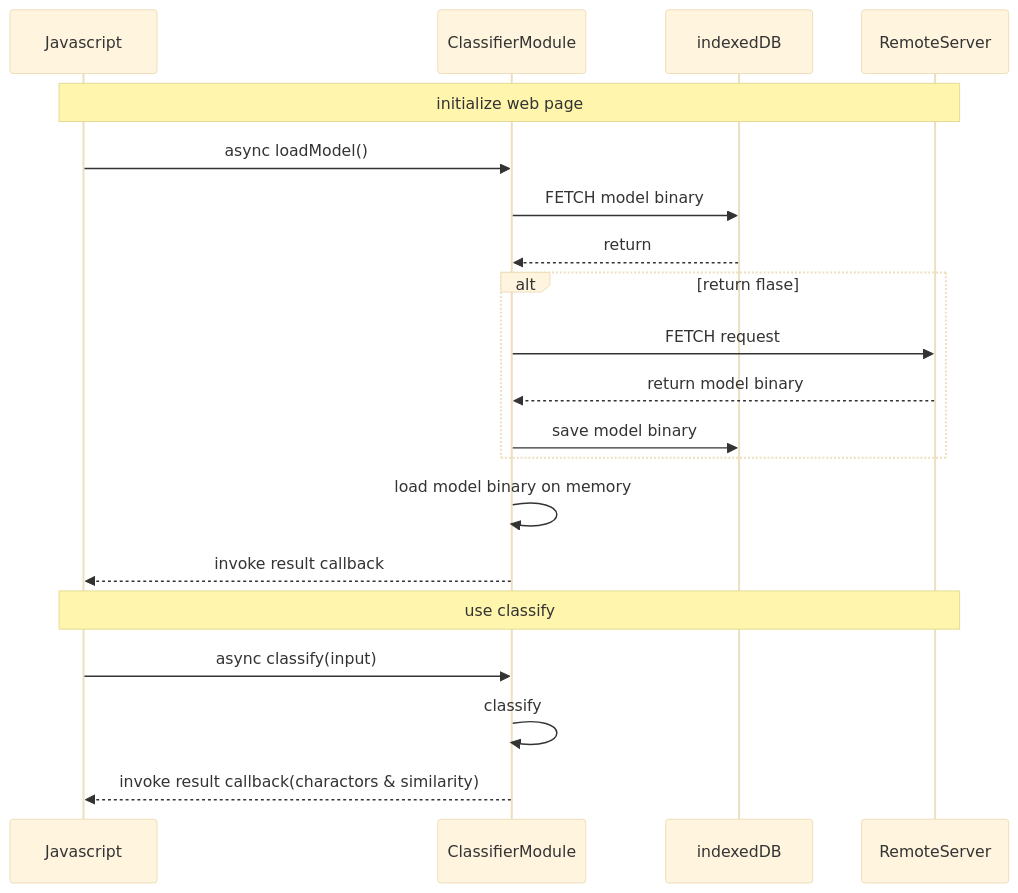
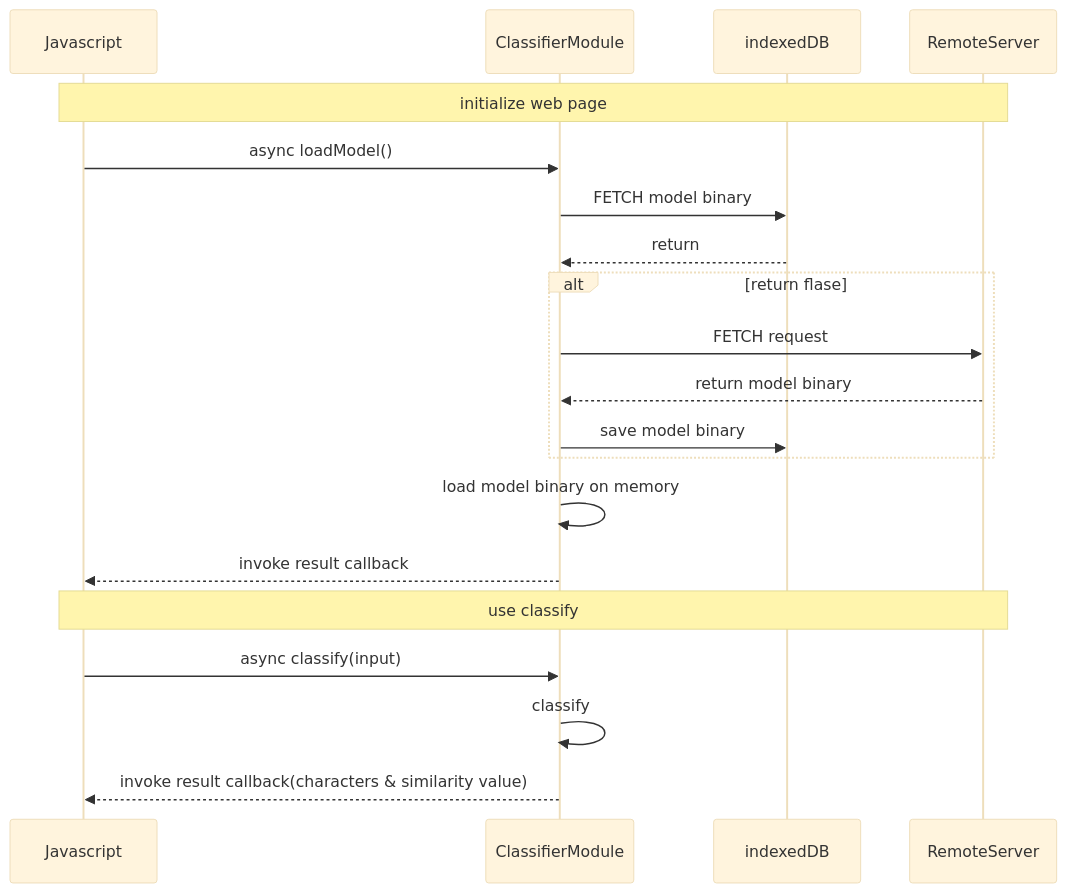
Before and after one commit to HungNgKh/zinnia-demo: the diagram in README.md, drawn with Mermaid (base theme).

Commit message:
Fix readme typo

````diff
--- a/README.md
+++ b/README.md
@@ -156,23 +156,23 @@
 ```mermaid
 sequenceDiagram
     participant js as Javascript
     participant wasm as ClassifierModule
     participant db as indexedDB
     participant sv as RemoteServer
 
     Note over js, sv: initialize web page
     js->>wasm: async loadModel()
     wasm->>db: FETCH model binary
     db-->>wasm: return 
     alt return flase
         wasm->>sv: FETCH request
         sv-->>wasm: return model binary
         wasm->>db: save model binary
     end
     wasm->>wasm: load model binary on memory
     wasm-->>js: invoke result callback
     Note over js, sv: use classify
     js->>wasm: async classify(input)
     wasm->>wasm: classify
-    wasm-->>js: invoke result callback(charactors & similarity)
+    wasm-->>js: invoke result callback(characters & similarity value)
 ```
````
